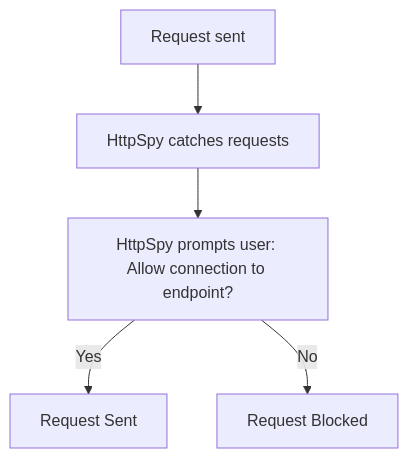
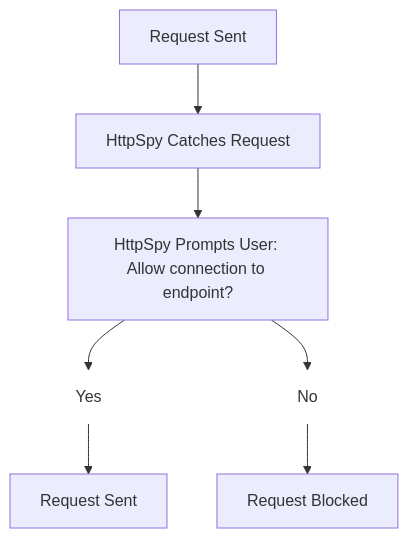
Before and after one commit to RazAPI/Luau-HttpSpy: the diagram in README.md, drawn with Mermaid.

````diff
--- a/README.md
+++ b/README.md
@@ -4,7 +4,14 @@
 ```mermaid
 graph TD
-A[Request sent] --> B[HttpSpy catches requests]
-B --> C[HttpSpy prompts user: Allow connection to endpoint?]
-C -->|Yes| D[Request Sent]
-C -->|No| E[Request Blocked]
+A[Request Sent] --> B[HttpSpy Catches Request]
+B --> C[HttpSpy Prompts User: Allow connection to endpoint?]
+
+YesNode[Yes]
+NoNode[No]
+
+C --> YesNode --> D[Request Sent]
+C --> NoNode --> E[Request Blocked]
+
+style YesNode fill:none,stroke:none
+style NoNode fill:none,stroke:none
 ```
````
